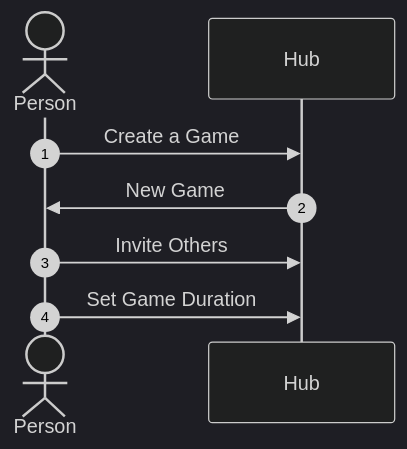
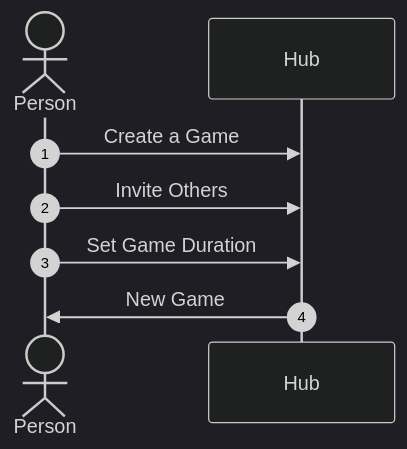
The second of 2 diagrams in topics/documentation/drps/docs/README.md (czrpb/Mentoring), drawn with Mermaid (dark theme) before and after one commit.

````diff
--- a/topics/documentation/drps/docs/README.md
+++ b/topics/documentation/drps/docs/README.md
@@ -120,11 +120,10 @@
 ```mermaid
 sequenceDiagram
   autonumber
   actor Person
   
   Person->>Hub: Create a Game
-  Hub->>Person: New Game
-
   Person->>Hub: Invite Others
   Person->>Hub: Set Game Duration
+  Hub->>Person: New Game
 ```
````
